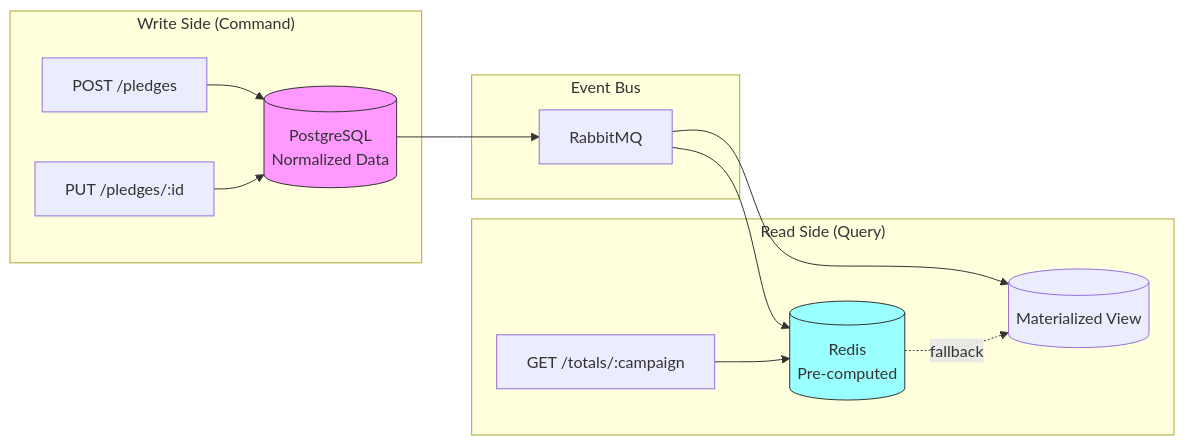
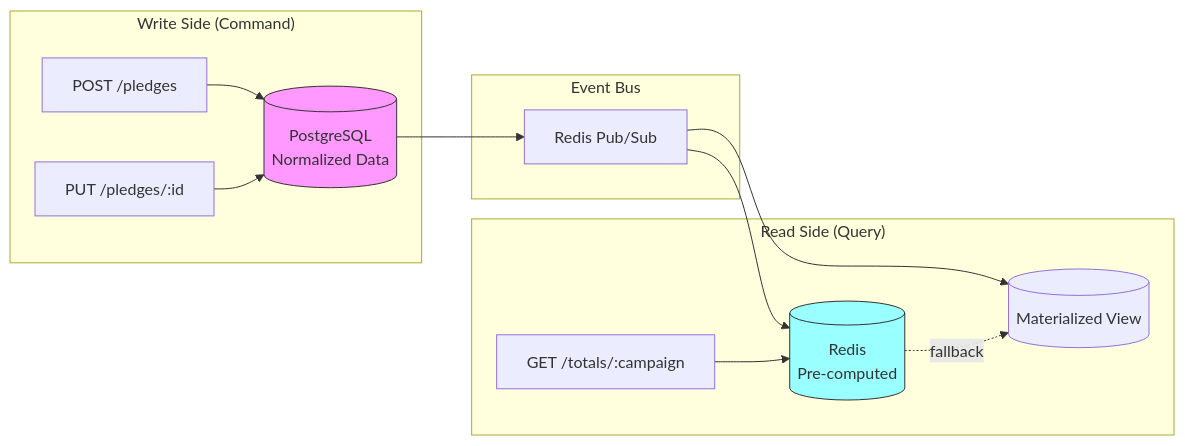
The fifth of 11 diagrams in docs/ARCHITECTURE_DIAGRAMS.md (SM-Shaan/API_Hackathon_Innovatrix), drawn with Mermaid before and after one commit. The commit also changed other lines of this file and 5 other files, not shown here.

First line of the commit message:
docs: add comprehensive architecture diagrams to README

````diff
--- a/docs/ARCHITECTURE_DIAGRAMS.md
+++ b/docs/ARCHITECTURE_DIAGRAMS.md
@@ -156,28 +156,28 @@
 ```mermaid
 flowchart LR
     subgraph Write["Write Side (Command)"]
         C1[POST /pledges]
         C2[PUT /pledges/:id]
         WDB[(PostgreSQL<br/>Normalized Data)]
     end
 
     subgraph Events["Event Bus"]
-        MQ[RabbitMQ]
+        MQ[Redis Pub/Sub]
     end
 
     subgraph Read["Read Side (Query)"]
         R1[GET /totals/:campaign]
         RDB[(Redis<br/>Pre-computed)]
         MV[(Materialized View)]
     end
 
     C1 & C2 --> WDB
     WDB --> MQ
     MQ --> RDB
     MQ --> MV
     R1 --> RDB
     RDB -.->|fallback| MV
 
     style WDB fill:#f9f,stroke:#333
     style RDB fill:#9ff,stroke:#333
 ```
````
